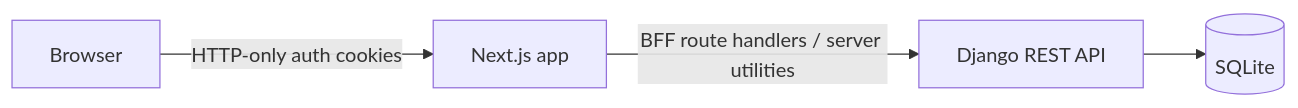
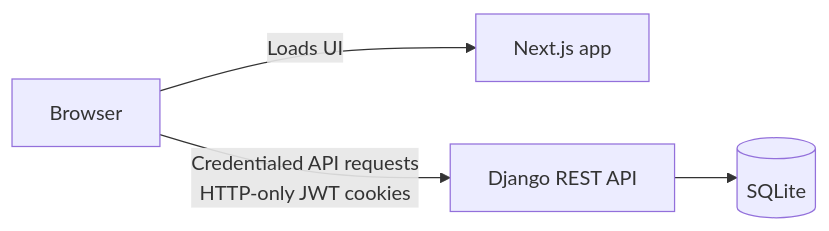
The diagram in README.md (Fahad-Habib/worknest), drawn with Mermaid before and after one commit. The commit also changed other lines of this file, not shown here.

````diff
--- a/README.md
+++ b/README.md
@@ -32,6 +33,6 @@
 ```mermaid
 flowchart LR
-  B[Browser] -->|HTTP-only auth cookies| N[Next.js app]
-  N -->|BFF route handlers / server utilities| D[Django REST API]
+  B[Browser] -->|Loads UI| N[Next.js app]
+  B -->|Credentialed API requests\nHTTP-only JWT cookies| D[Django REST API]
   D --> S[(SQLite)]
 ```
````
